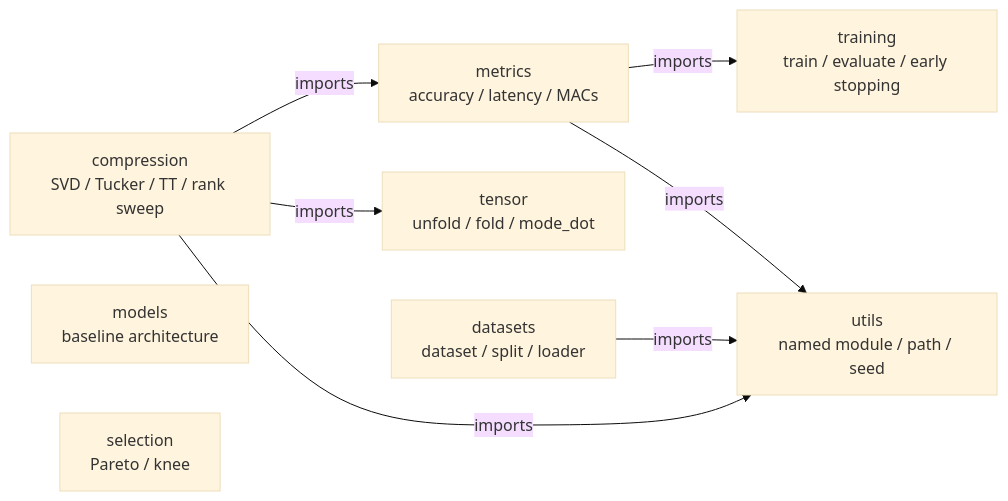
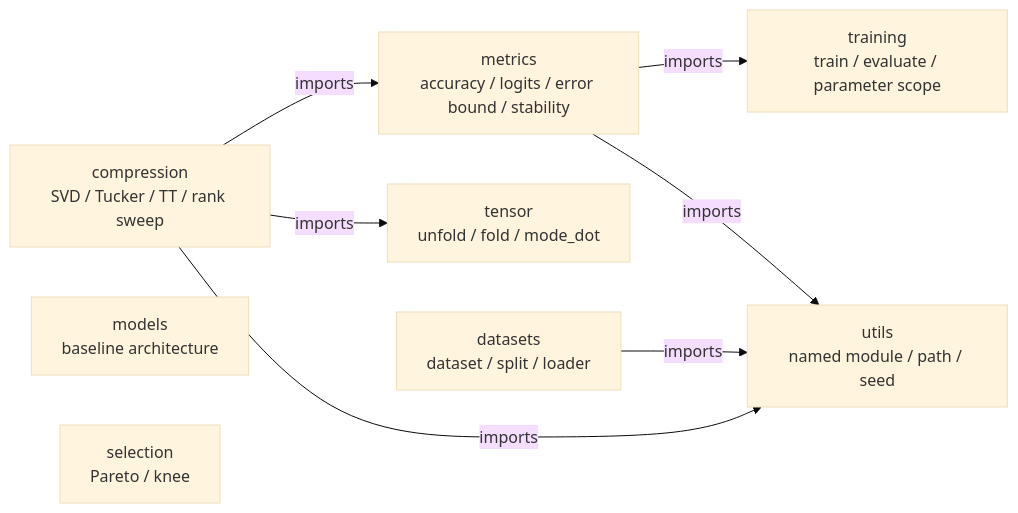
Before and after one commit to astrare2480/nn-compression-svd-dmrg: the first of 2 diagrams in docs/90_src設計/05_Core_API_v1/README.md, drawn with Mermaid (base theme). The commit also changed other lines of this file and 48 other files, not shown here.

````diff
--- a/docs/90_src設計/05_Core_API_v1/README.md
+++ b/docs/90_src設計/05_Core_API_v1/README.md
@@ -147,18 +153,18 @@
 ```mermaid
 flowchart LR
     Compression["compression<br/>SVD / Tucker / TT / rank sweep"]
-    Metrics["metrics<br/>accuracy / latency / MACs"]
-    Training["training<br/>train / evaluate / early stopping"]
+    Metrics["metrics<br/>accuracy / logits / error bound / stability"]
+    Training["training<br/>train / evaluate / parameter scope"]
     Tensor["tensor<br/>unfold / fold / mode_dot"]
     Utils["utils<br/>named module / path / seed"]
     Datasets["datasets<br/>dataset / split / loader"]
     Models["models<br/>baseline architecture"]
     Selection["selection<br/>Pareto / knee"]
 
     Compression -->|imports| Metrics
     Compression -->|imports| Tensor
     Compression -->|imports| Utils
     Metrics -->|imports| Training
     Metrics -->|imports| Utils
     Datasets -->|imports| Utils
 ```
````
